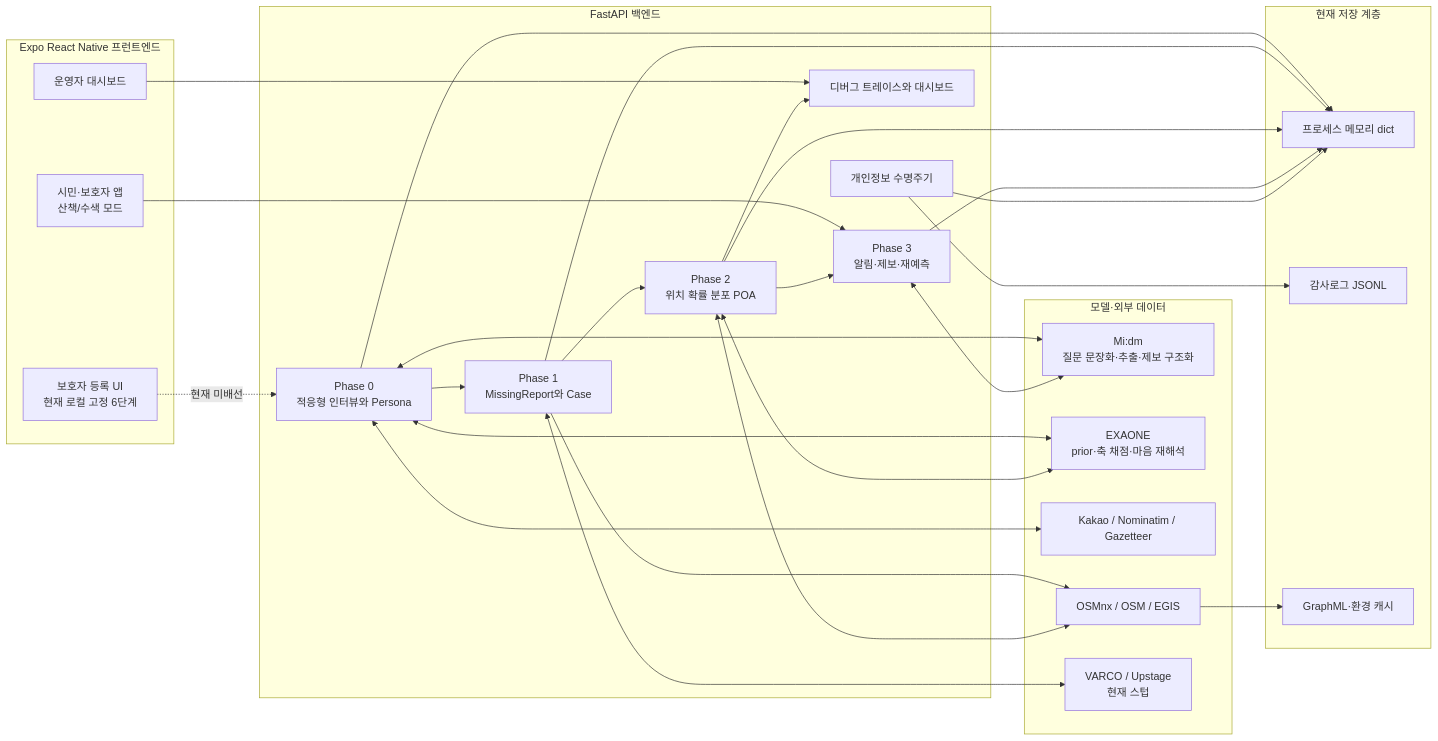
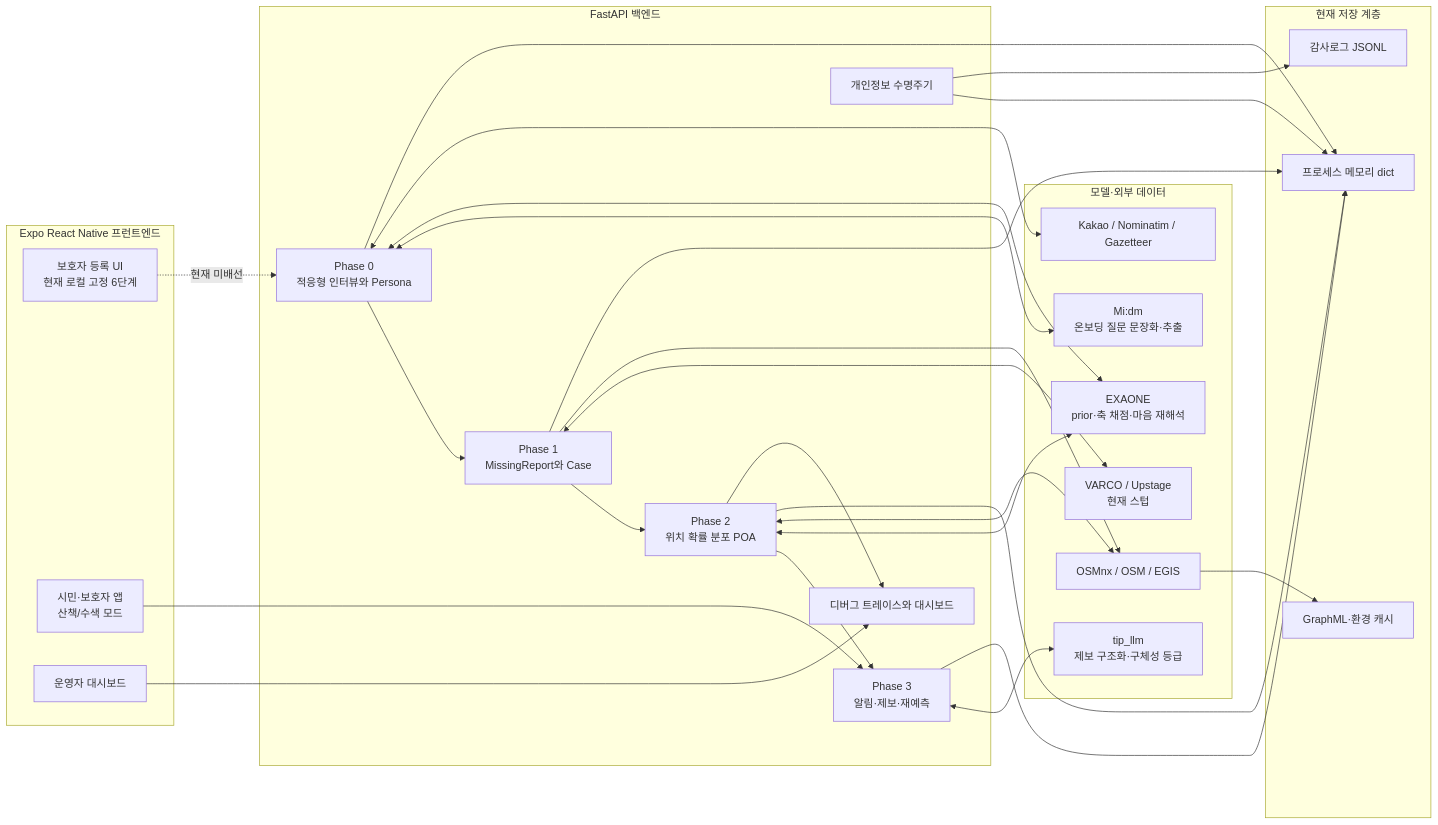
One commit to Donghaeng-AI-ROOKIE/Come-back-home changed the first of 12 diagrams in docs/IMPLEMENTATION_ARCHITECTURE.md. Above: the diagram before and after it, drawn with Mermaid. The commit also changed other lines of this file and 5 other files, not shown here.

First line of the commit message:
docs: md 전수 최신화 — tip_llm 분리·되묻기 게이트·시각 변환·기준표 보완 반영

````diff
--- a/docs/IMPLEMENTATION_ARCHITECTURE.md
+++ b/docs/IMPLEMENTATION_ARCHITECTURE.md
@@ -34,52 +34,53 @@
 ```mermaid
 flowchart LR
     subgraph FE["Expo React Native 프런트엔드"]
         F0["보호자 등록 UI<br/>현재 로컬 고정 6단계"]
         FC["시민·보호자 앱<br/>산책/수색 모드"]
         FO["운영자 대시보드"]
     end
 
     subgraph BE["FastAPI 백엔드"]
         P0["Phase 0<br/>적응형 인터뷰와 Persona"]
         P1["Phase 1<br/>MissingReport와 Case"]
         P2["Phase 2<br/>위치 확률 분포 POA"]
         P3["Phase 3<br/>알림·제보·재예측"]
         PRIV["개인정보 수명주기"]
         DBG["디버그 트레이스와 대시보드"]
     end
 
     subgraph MODEL["모델·외부 데이터"]
-        MIDM["Mi:dm<br/>질문 문장화·추출·제보 구조화"]
+        MIDM["Mi:dm<br/>온보딩 질문 문장화·추출"]
+        TIPL["tip_llm<br/>제보 구조화·구체성 등급"]
         EXA["EXAONE<br/>prior·축 채점·마음 재해석"]
         GEO["Kakao / Nominatim / Gazetteer"]
         OSM["OSMnx / OSM / EGIS"]
         OPT["VARCO / Upstage<br/>현재 스텁"]
     end
 
     subgraph STORE["현재 저장 계층"]
         MEM["프로세스 메모리 dict"]
         AUDIT["감사로그 JSONL"]
         CACHE["GraphML·환경 캐시"]
     end
 
     F0 -. "현재 미배선" .-> P0
     FC --> P3
     FO --> DBG
     P0 --> P1 --> P2 --> P3
     P0 <--> MIDM
     P0 <--> EXA
     P0 <--> GEO
     P1 <--> OPT
     P1 --> OSM
     P2 <--> EXA
     P2 <--> OSM
-    P3 <--> MIDM
+    P3 <--> TIPL
     P0 --> MEM
     P1 --> MEM
     P2 --> MEM
     P3 --> MEM
     PRIV --> MEM
     PRIV --> AUDIT
     OSM --> CACHE
     P2 --> DBG
 ```
````
